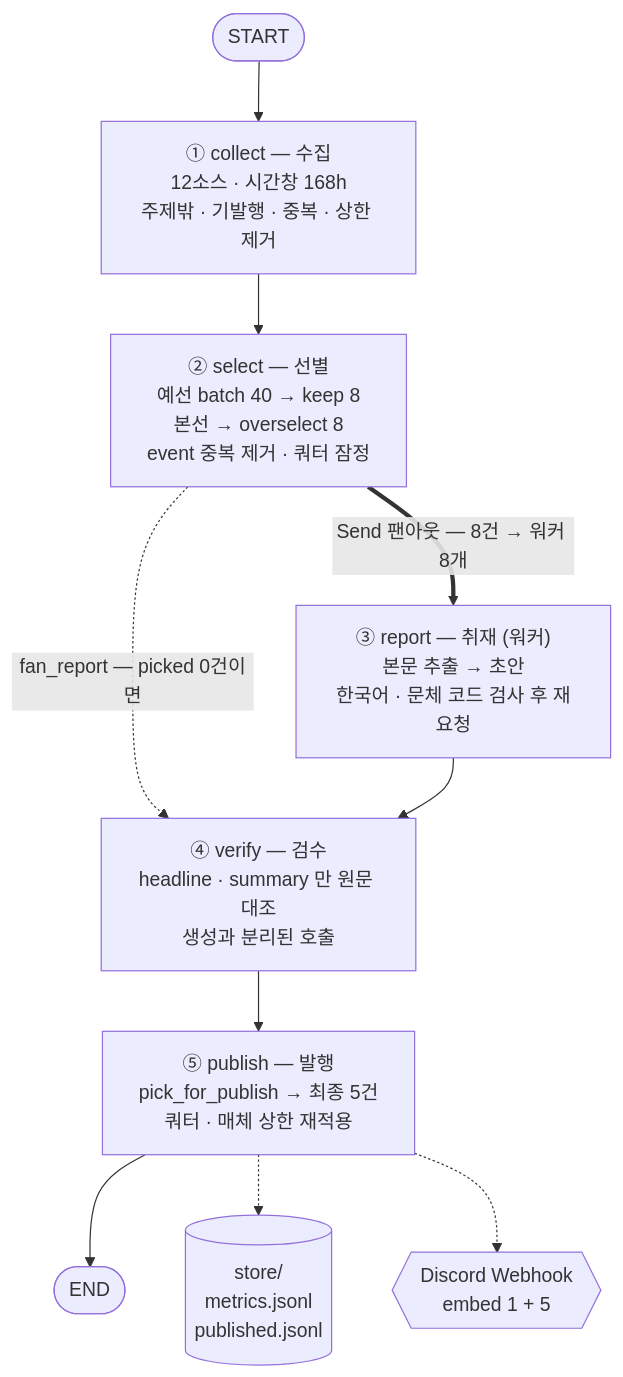
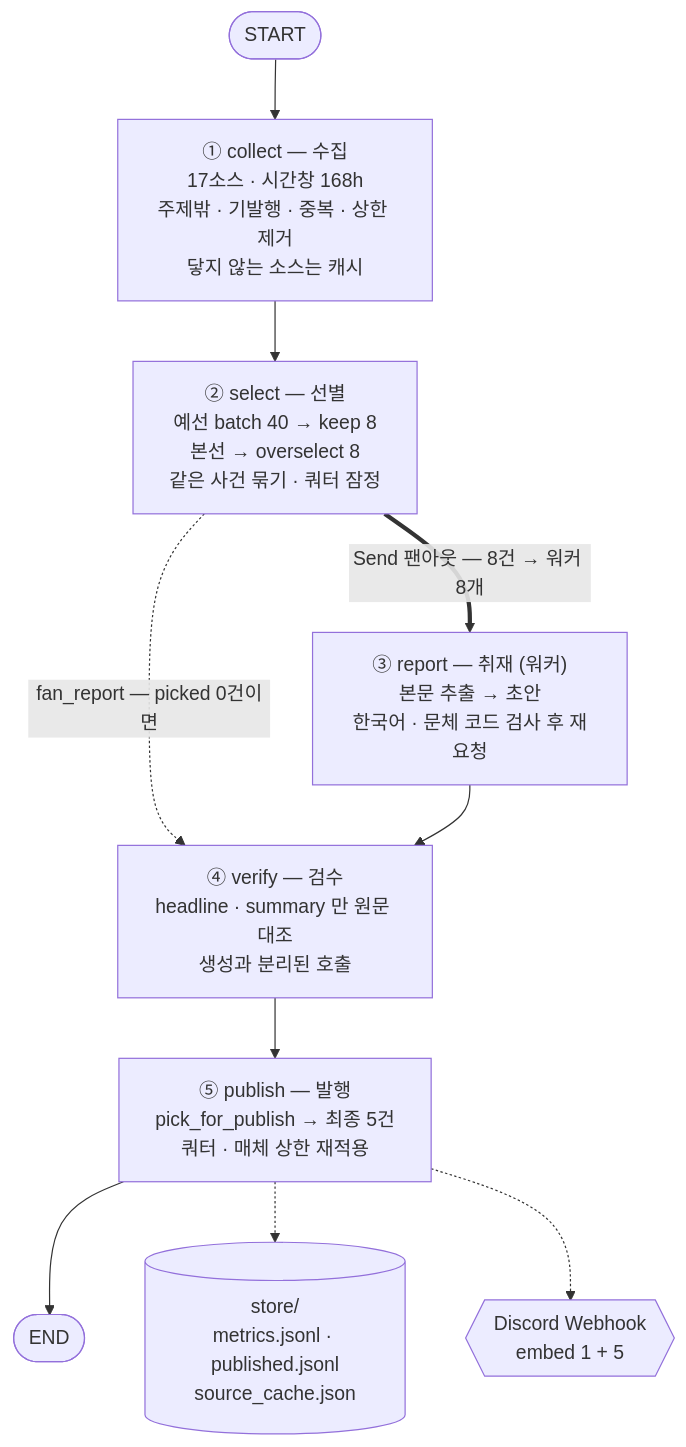
Before and after one commit to hey-byeunya/my-newsletter-pb: the diagram in REPORT.md, drawn with Mermaid.

Commit message:
구조도의 낡은 숫자를 고친다
GitHub 에서 렌더링을 확인하다 발견했다. 파이프라인 구조도가 '12소스' 라고
적고 있었다 — 지금 17곳이다. 캐시와 같은 사건 묶기도 그림에 반영한다.

````diff
--- a/REPORT.md
+++ b/REPORT.md
@@ -475,21 +475,21 @@
 ```mermaid
 flowchart TD
     START([START]) --> collect
 
-    collect["① collect — 수집<br/>12소스 · 시간창 168h<br/>주제밖 · 기발행 · 중복 · 상한 제거"]
-    select["② select — 선별<br/>예선 batch 40 → keep 8<br/>본선 → overselect 8<br/>event 중복 제거 · 쿼터 잠정"]
+    collect["① collect — 수집<br/>17소스 · 시간창 168h<br/>주제밖 · 기발행 · 중복 · 상한 제거<br/>닿지 않는 소스는 캐시"]
+    select["② select — 선별<br/>예선 batch 40 → keep 8<br/>본선 → overselect 8<br/>같은 사건 묶기 · 쿼터 잠정"]
     report["③ report — 취재 (워커)<br/>본문 추출 → 초안<br/>한국어 · 문체 코드 검사 후 재요청"]
     verify["④ verify — 검수<br/>headline · summary 만 원문 대조<br/>생성과 분리된 호출"]
     publish["⑤ publish — 발행<br/>pick_for_publish → 최종 5건<br/>쿼터 · 매체 상한 재적용"]
-    store[("store/<br/>metrics.jsonl<br/>published.jsonl")]
+    store[("store/<br/>metrics.jsonl · published.jsonl<br/>source_cache.json")]
     discord{{"Discord Webhook<br/>embed 1 + 5"}}
 
     collect --> select
     select -.->|"fan_report — picked 0건이면"| verify
     select ==>|"Send 팬아웃 — 8건 → 워커 8개"| report
     report --> verify
     verify --> publish
     publish --> FIN([END])
     publish -.-> store
     publish -.-> discord
 ```
````
